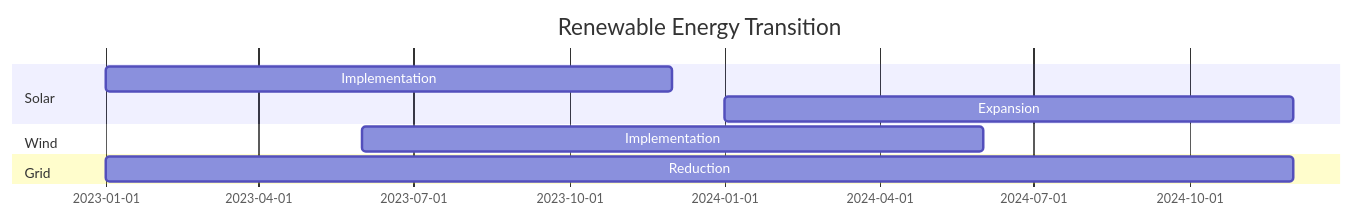
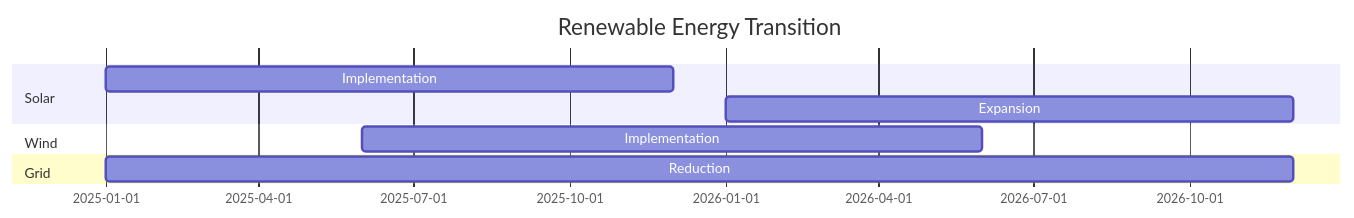
One commit to Vortx-AI/synthetic-satellite changed the fourth of 10 diagrams in docs/sustainability/carbon-footprint.md. Above: the diagram before and after it, drawn with Mermaid. The commit also changed other lines of this file, not shown here.

````diff
--- a/docs/sustainability/carbon-footprint.md
+++ b/docs/sustainability/carbon-footprint.md
@@ -71,12 +71,12 @@
 ```mermaid
 gantt
     title Renewable Energy Transition
     dateFormat YYYY-MM
     section Solar
-    Implementation    :2023-01, 2023-12
-    Expansion        :2024-01, 2024-12
+    Implementation    :2025-01, 2025-12
+    Expansion        :2026-01, 2026-12
     section Wind
-    Implementation    :2023-06, 2024-06
+    Implementation    :2025-06, 2026-06
     section Grid
-    Reduction        :2023-01, 2024-12
+    Reduction        :2025-01, 2026-12
 ```
````
